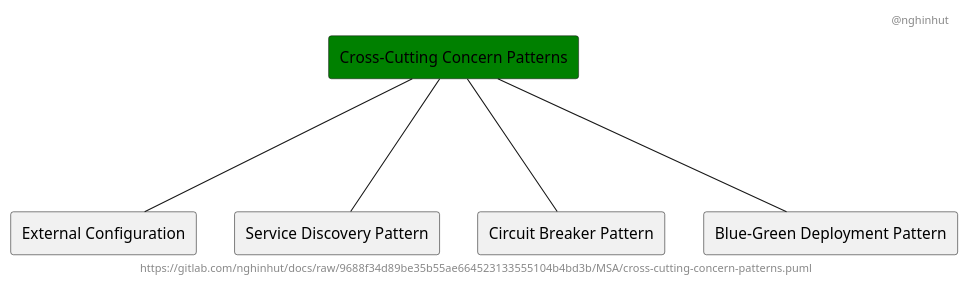
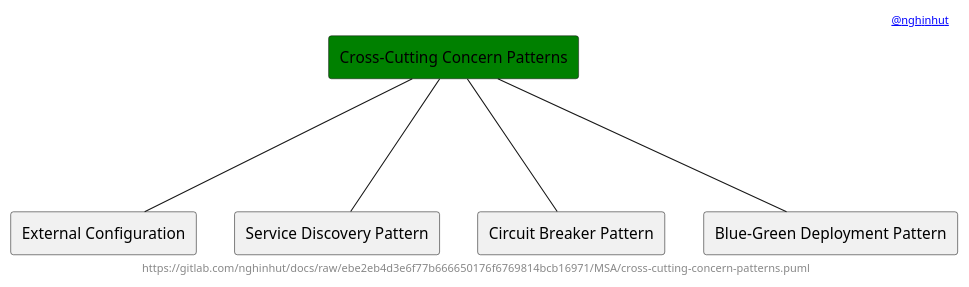
One commit to nghinhut/docs changed the diagram in MSA/cross-cutting-concern-patterns.puml. Above: the diagram before and after it, drawn with PlantUML. The commit also changed 18 other files, not shown here.

Commit message:
Update diagrams

```diff
--- a/MSA/cross-cutting-concern-patterns.puml
+++ b/MSA/cross-cutting-concern-patterns.puml
@@ -1,18 +1,18 @@
 @startuml
 '-----START auto generated metadata please keep comment here to allow auto update-----
 '-----DON'T EDIT THIS SECTION, INSTEAD RE-RUN prebuild.sh TO UPDATE-----
-header @nghinhut
-footer https://gitlab.com/nghinhut/docs/raw/9688f34d89be35b55ae664523133555104b4bd3b/MSA/cross-cutting-concern-patterns.puml
+header [[mailto:nghinhut@gmail.com @nghinhut]]
+footer https://gitlab.com/nghinhut/docs/raw/ebe2eb4d3e6f77b666650176f6769814bcb16971/MSA/cross-cutting-concern-patterns.puml
 '-----END auto generated metadata please keep comment here to allow auto update-----
 
 rectangle "Cross-Cutting Concern Patterns" as CrossCuttingConcern #green
 
 rectangle "External Configuration" as CrossCuttingConcernP1
 rectangle "Service Discovery Pattern" as CrossCuttingConcernP2
 rectangle "Circuit Breaker Pattern" as CrossCuttingConcernP3
 rectangle "Blue-Green Deployment Pattern" as CrossCuttingConcernP4
 CrossCuttingConcern --- CrossCuttingConcernP1
 CrossCuttingConcern --- CrossCuttingConcernP2
 CrossCuttingConcern --- CrossCuttingConcernP3
 CrossCuttingConcern --- CrossCuttingConcernP4
 @enduml
```
